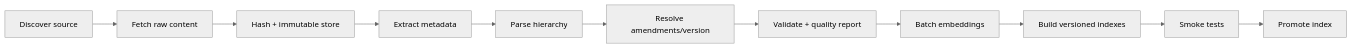
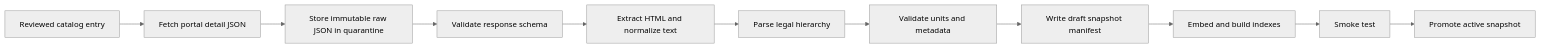
One commit to hungle123-dev/vietnamese-traffic-law-rag changed the second of 3 diagrams in docs/02-system-architecture.md. Above: the diagram before and after it, drawn with Mermaid (neutral theme). The commit also changed other lines of this file and 44 other files, not shown here.

Commit message:
docs: finalize traffic law GraphRAG blueprint

````diff
--- a/docs/02-system-architecture.md
+++ b/docs/02-system-architecture.md
@@ -56,13 +35,13 @@
 ```mermaid
 flowchart LR
-    D[Discover source] --> F[Fetch raw content]
-    F --> H[Hash + immutable store]
-    H --> M[Extract metadata]
-    M --> P[Parse hierarchy]
-    P --> R[Resolve amendments/version]
-    R --> V[Validate + quality report]
-    V --> E[Batch embeddings]
-    E --> I[Build versioned indexes]
-    I --> T[Smoke tests]
-    T --> PR[Promote index]
+    A[Reviewed catalog entry] --> B[Fetch portal detail JSON]
+    B --> C[Store immutable raw JSON in quarantine]
+    C --> D[Validate response schema]
+    D --> E[Extract HTML and normalize text]
+    E --> F[Parse legal hierarchy]
+    F --> G[Validate units and metadata]
+    G --> H[Write draft snapshot manifest]
+    H --> I[Embed and build indexes]
+    I --> J[Smoke test]
+    J --> K[Promote active snapshot]
 ```
````
